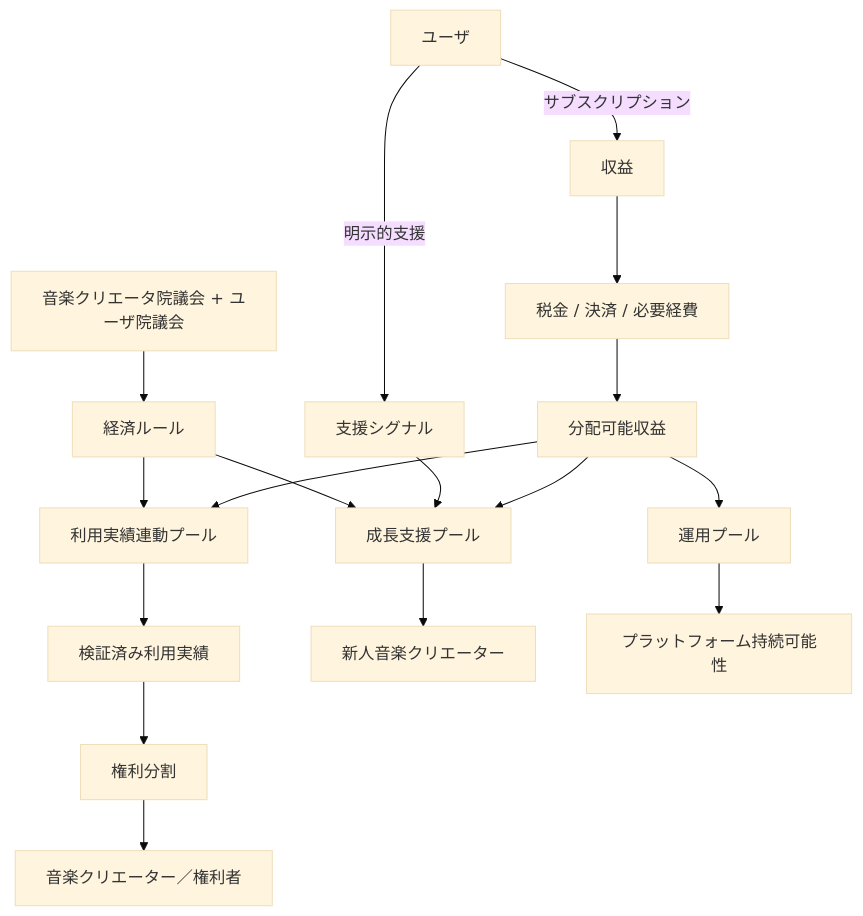
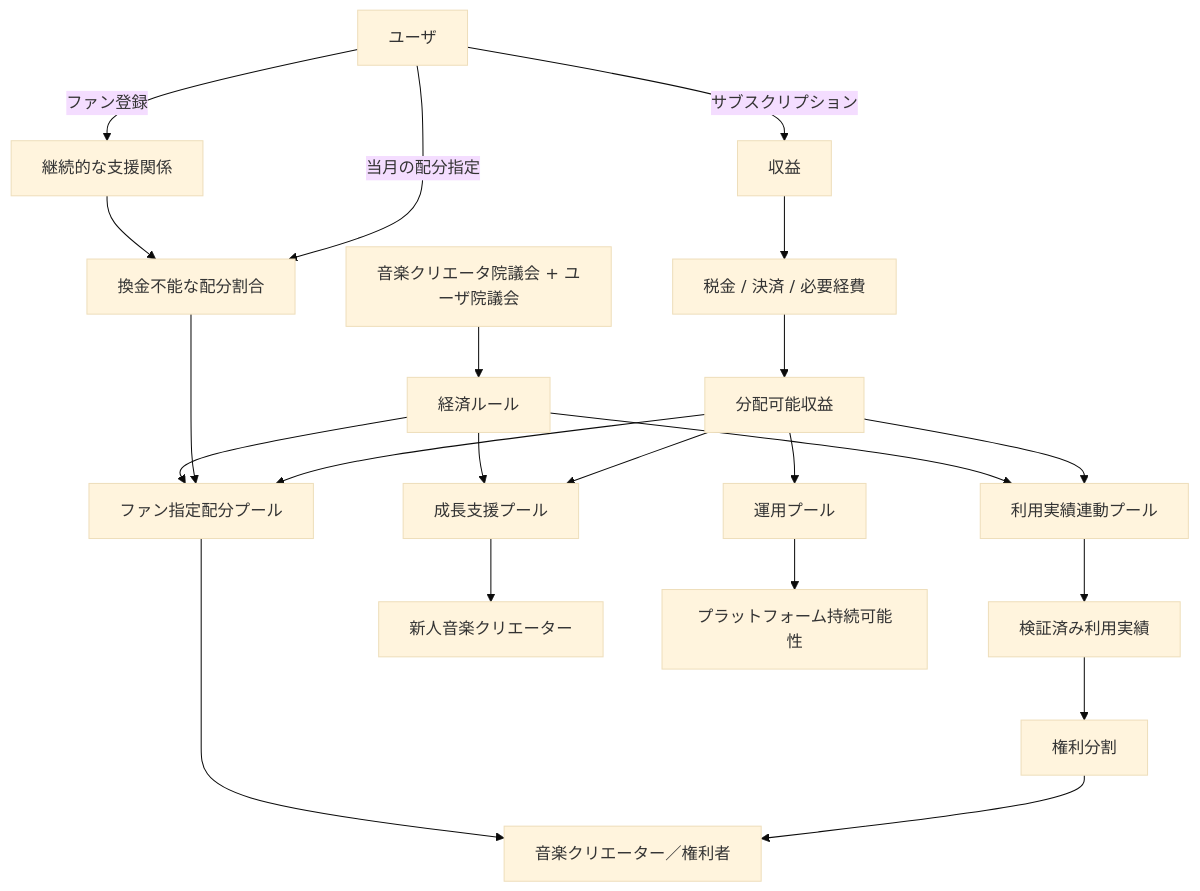
Before and after one commit to ShigeichiroYamasaki/creator-first-platform: diagram 26 of 28 in docs/whitepaper/06-economics.md, drawn with Mermaid (base theme). The commit also changed other lines of this file and 9 other files, not shown here.

````diff
--- a/docs/whitepaper/06-economics.md
+++ b/docs/whitepaper/06-economics.md
@@ -1073,26 +1073,31 @@
 ```mermaid
 flowchart TD
     USER[ユーザ]
     USER -->|サブスクリプション| REV[収益]
 
     REV --> REQUIRED[税金 / 決済 / 必要経費]
     REQUIRED --> NET[分配可能収益]
 
     NET --> USAGE[利用実績連動プール]
+    NET --> DIRECTED[ファン指定配分プール]
     NET --> GROWTH[成長支援プール]
     NET --> OPS[運用プール]
 
     USAGE --> ORACLE[検証済み利用実績]
     ORACLE --> RIGHTS[権利分割]
     RIGHTS --> CREATORS[音楽クリエーター／権利者]
 
-    USER -->|明示的支援| SUPPORT[支援シグナル]
-    SUPPORT --> GROWTH
+    USER -->|ファン登録| FAN[継続的な支援関係]
+    USER -->|当月の配分指定| SUPPORT[換金不能な配分割合]
+    FAN --> SUPPORT
+    SUPPORT --> DIRECTED
+    DIRECTED --> CREATORS
 
     GROWTH --> EMERGING[新人音楽クリエーター]
     OPS --> PLATFORM[プラットフォーム持続可能性]
 
     GOV[音楽クリエータ院議会 + ユーザ院議会] --> RULES[経済ルール]
     RULES --> USAGE
+    RULES --> DIRECTED
     RULES --> GROWTH
 ```
````
